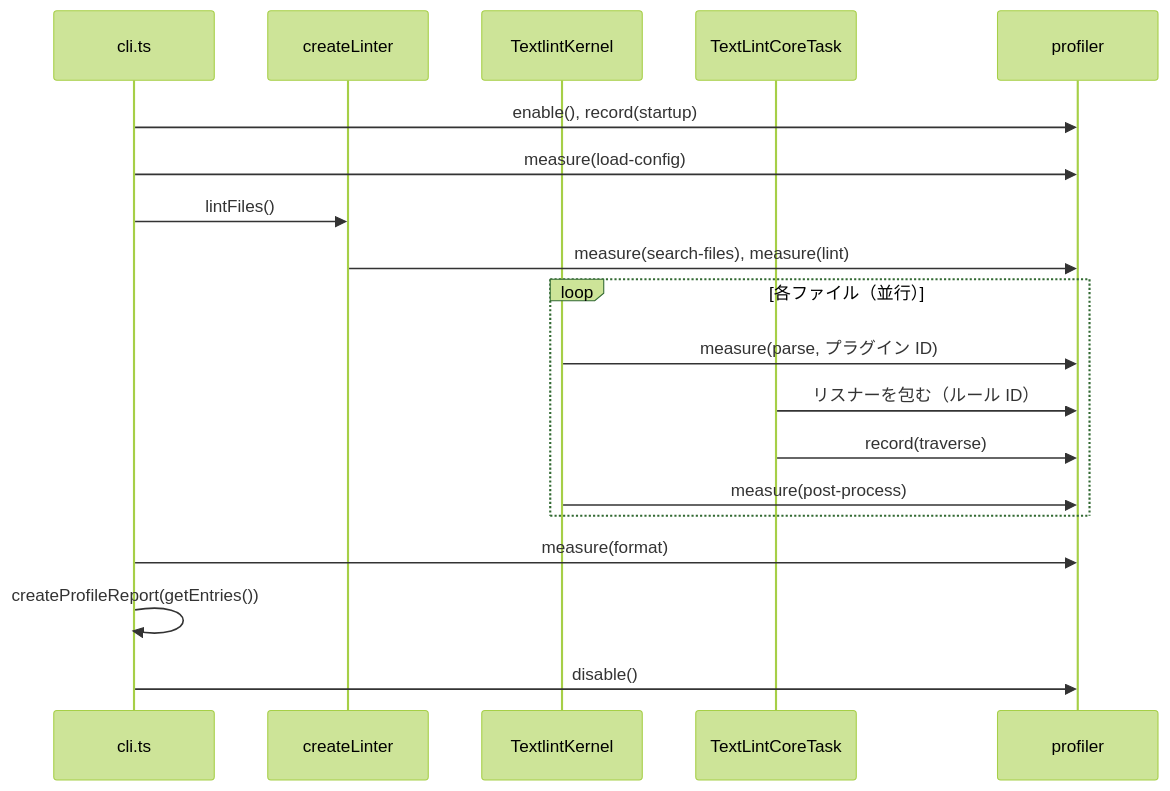
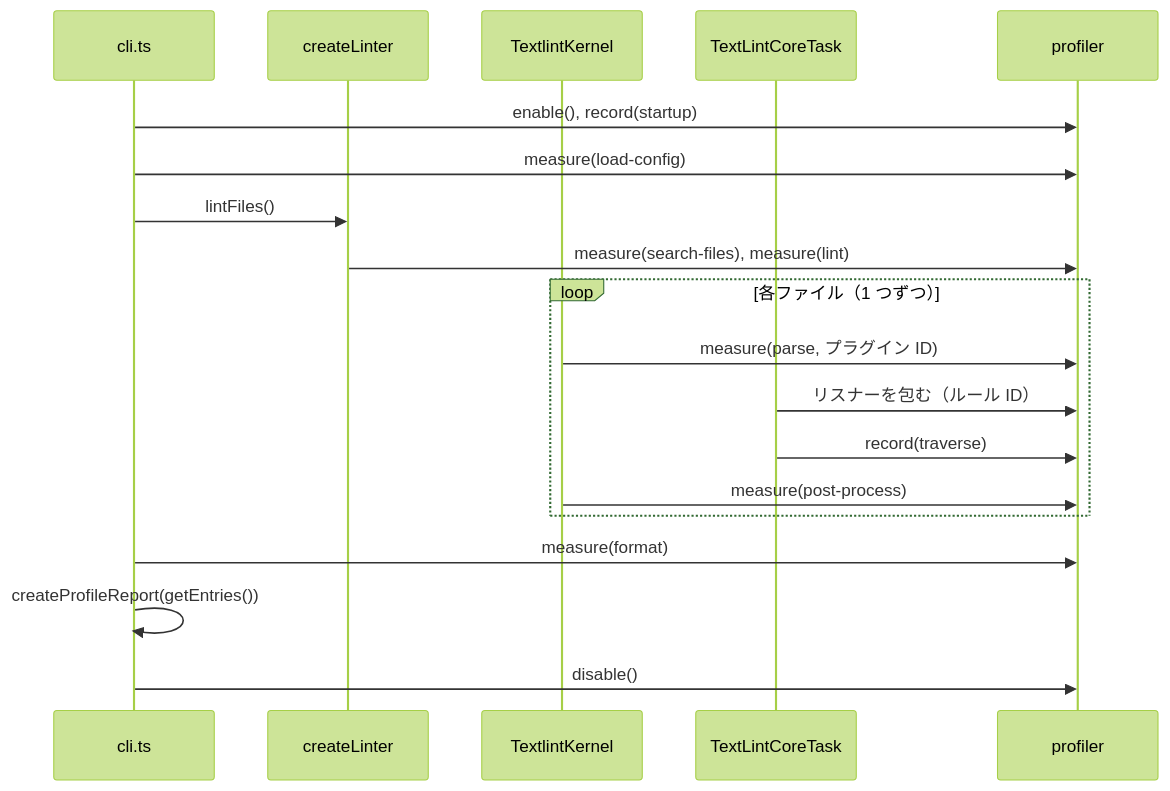
Before and after one commit to textlint/textlint: the diagram in docs/products/textlint/features/performance-profile/design.ja.md, drawn with Mermaid (forest theme). The commit also changed other lines of this file and 7 other files, not shown here.

````diff
--- a/docs/products/textlint/features/performance-profile/design.ja.md
+++ b/docs/products/textlint/features/performance-profile/design.ja.md
@@ -78,21 +81,21 @@
 ```mermaid
 sequenceDiagram
     participant CLI as cli.ts
     participant Linter as createLinter
     participant Kernel as TextlintKernel
     participant Task as TextLintCoreTask
     participant P as profiler
     CLI->>P: enable(), record(startup)
     CLI->>P: measure(load-config)
     CLI->>Linter: lintFiles()
     Linter->>P: measure(search-files), measure(lint)
-    loop 各ファイル（並行）
+    loop 各ファイル（1 つずつ）
         Kernel->>P: measure(parse, プラグイン ID)
         Task->>P: リスナーを包む（ルール ID）
         Task->>P: record(traverse)
         Kernel->>P: measure(post-process)
     end
     CLI->>P: measure(format)
     CLI->>CLI: createProfileReport(getEntries())
     CLI->>P: disable()
 ```
````
